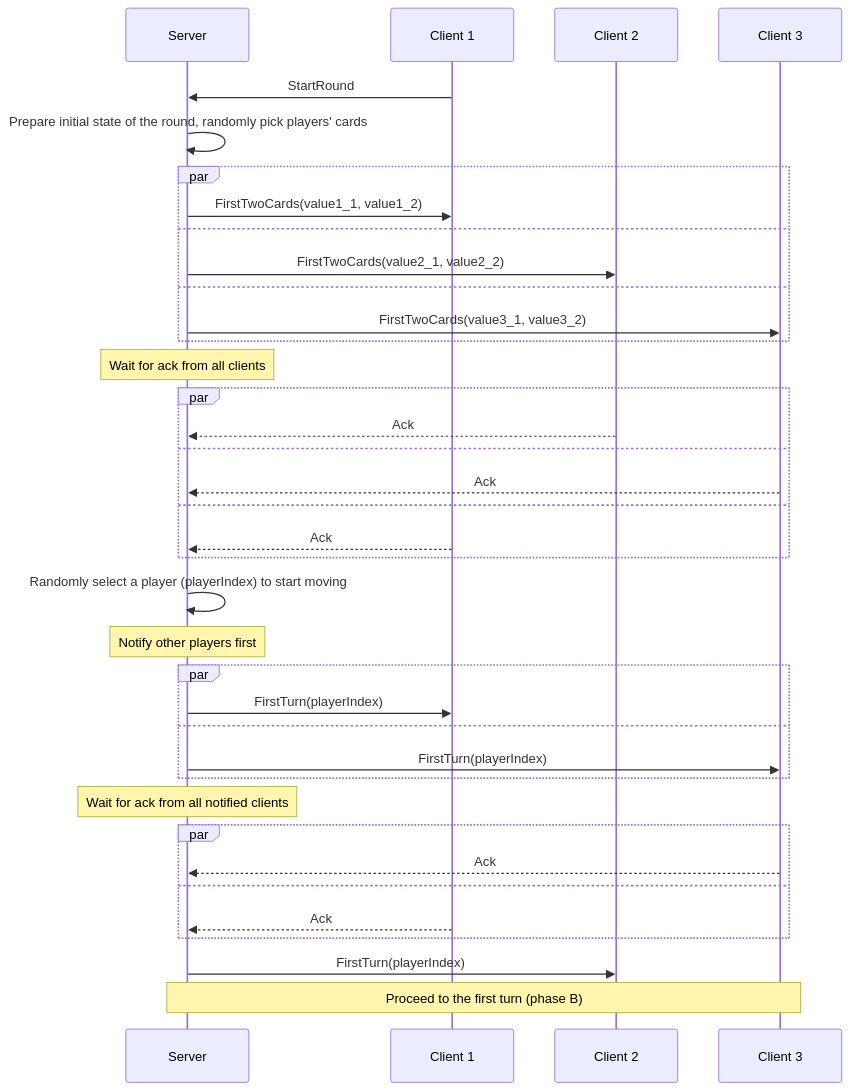
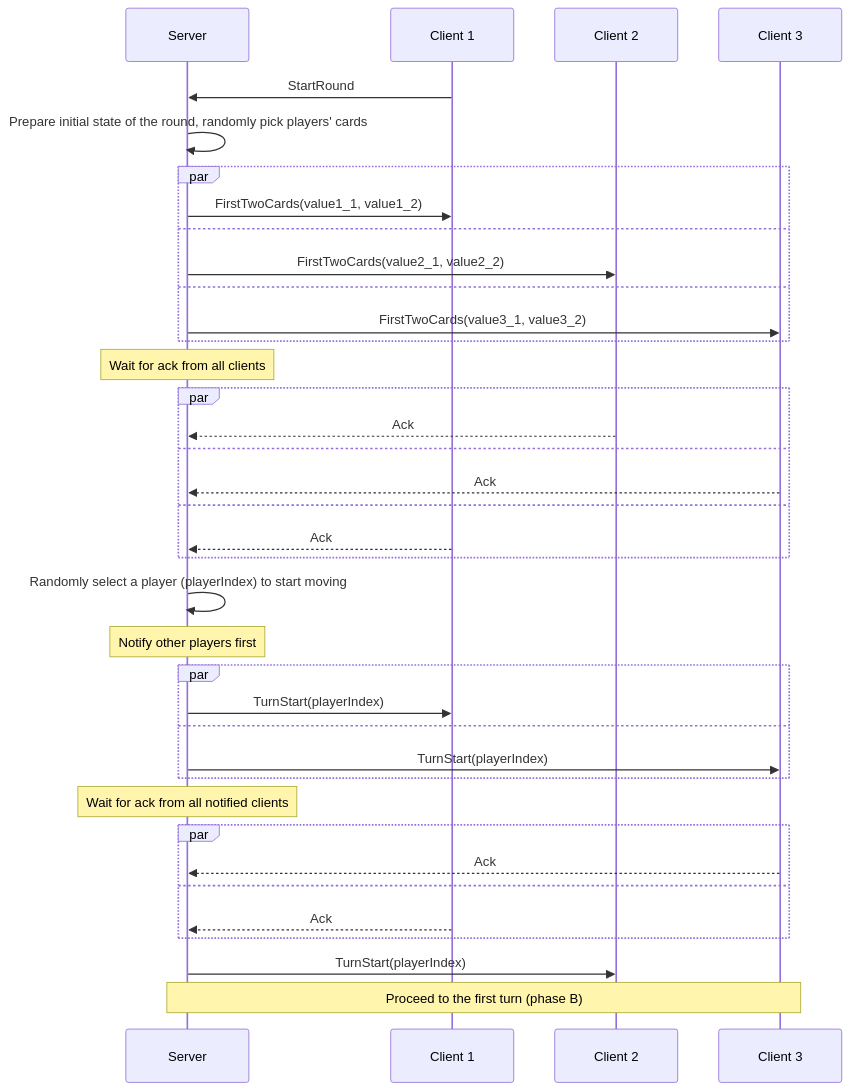
One commit to roman-zubarevich/another changed the first of 13 diagrams in README.md. Above: the diagram before and after it, drawn with Mermaid. The commit also changed other lines of this file, not shown here.

````diff
--- a/README.md
+++ b/README.md
@@ -4,39 +9,39 @@
 ```mermaid
 sequenceDiagram
     participant S as Server
     participant C1 as Client 1
     participant C2 as Client 2
     participant C3 as Client 3
     C1->>S: StartRound
     S->>S: Prepare initial state of the round, randomly pick players' cards
     par
         S->>C1: FirstTwoCards(value1_1, value1_2)
     and
         S->>C2: FirstTwoCards(value2_1, value2_2)
     and
         S->>C3: FirstTwoCards(value3_1, value3_2)
     end
     Note over S: Wait for ack from all clients
     par
         C2-->>S: Ack
     and
         C3-->>S: Ack
     and
         C1-->>S: Ack
     end
     S->>S: Randomly select a player (playerIndex) to start moving
     Note over S: Notify other players first
     par
-        S->>C1: FirstTurn(playerIndex)
+        S->>C1: TurnStart(playerIndex)
     and
-        S->>C3: FirstTurn(playerIndex)
+        S->>C3: TurnStart(playerIndex)
     end
     Note over S: Wait for ack from all notified clients
     par
         C3-->>S: Ack
     and
         C1-->>S: Ack
     end
-    S->>C2: FirstTurn(playerIndex)
+    S->>C2: TurnStart(playerIndex)
     Note over S,C3: Proceed to the first turn (phase B)
 ```
````
